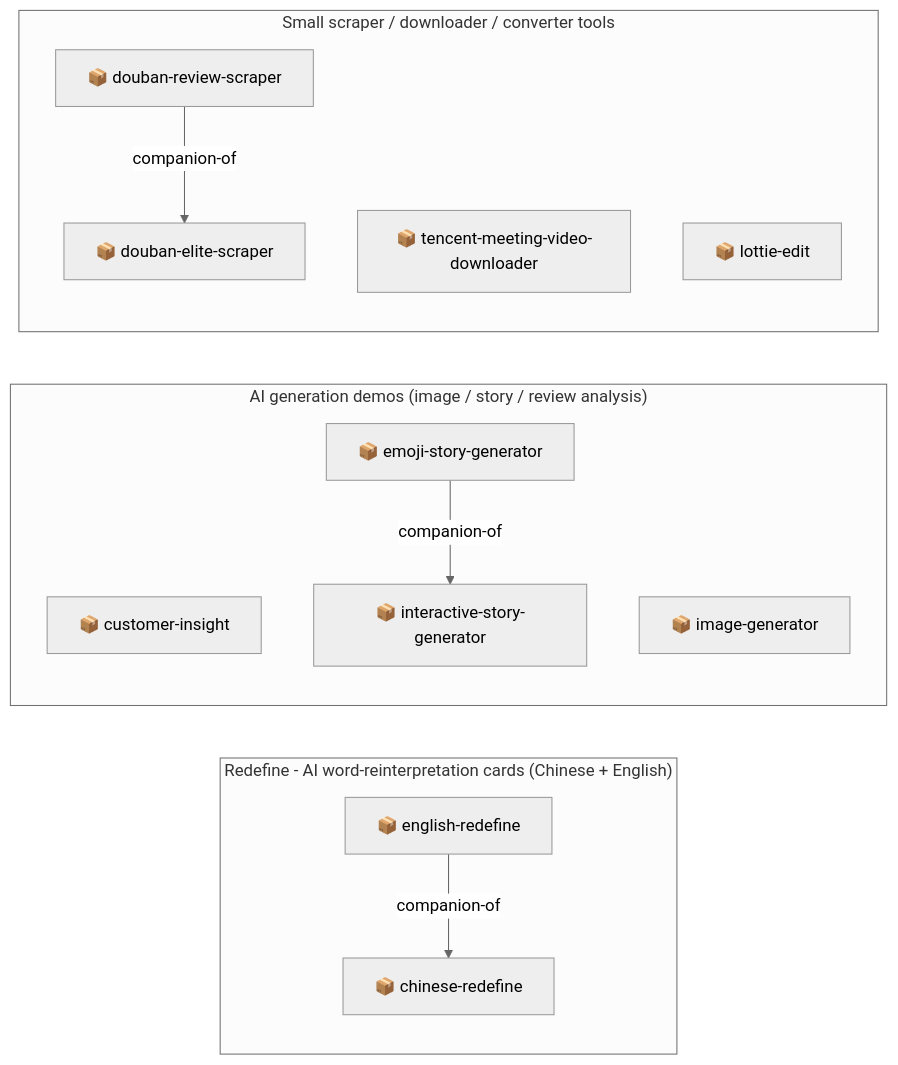
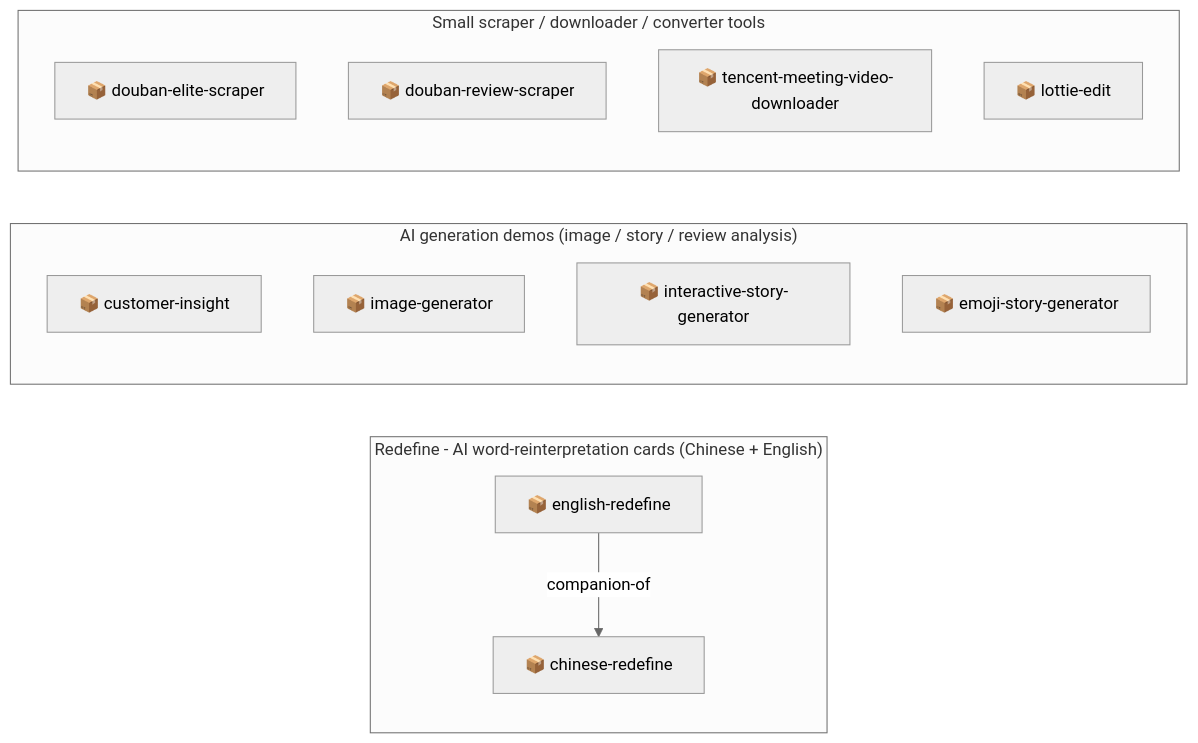
One commit to ChanMeng666/ChanMeng666 changed diagram 15 of 15 in docs/ecosystem/README.md. Above: the diagram before and after it, drawn with Mermaid (neutral theme). The commit also changed other lines of this file and 1 other file, not shown here.

````diff
--- a/docs/ecosystem/README.md
+++ b/docs/ecosystem/README.md
@@ -512,22 +513,20 @@
 ```mermaid
 flowchart LR
   subgraph redefine_word_cards["Redefine - AI word-reinterpretation cards (Chinese + English)"]
     n5["📦 chinese-redefine"]
     n6["📦 english-redefine"]
   end
   subgraph ai_generation_demos["AI generation demos (image / story / review analysis)"]
     n7["📦 customer-insight"]
     n8["📦 image-generator"]
     n9["📦 interactive-story-generator"]
     n10["📦 emoji-story-generator"]
   end
   subgraph small_python_and_browser_tools["Small scraper / downloader / converter tools"]
     n24["📦 douban-elite-scraper"]
     n25["📦 douban-review-scraper"]
     n26["📦 tencent-meeting-video-downloader"]
     n27["📦 lottie-edit"]
   end
   n6 -->|companion-of| n5
-  n10 -->|companion-of| n9
-  n25 -->|companion-of| n24
 ```
````
